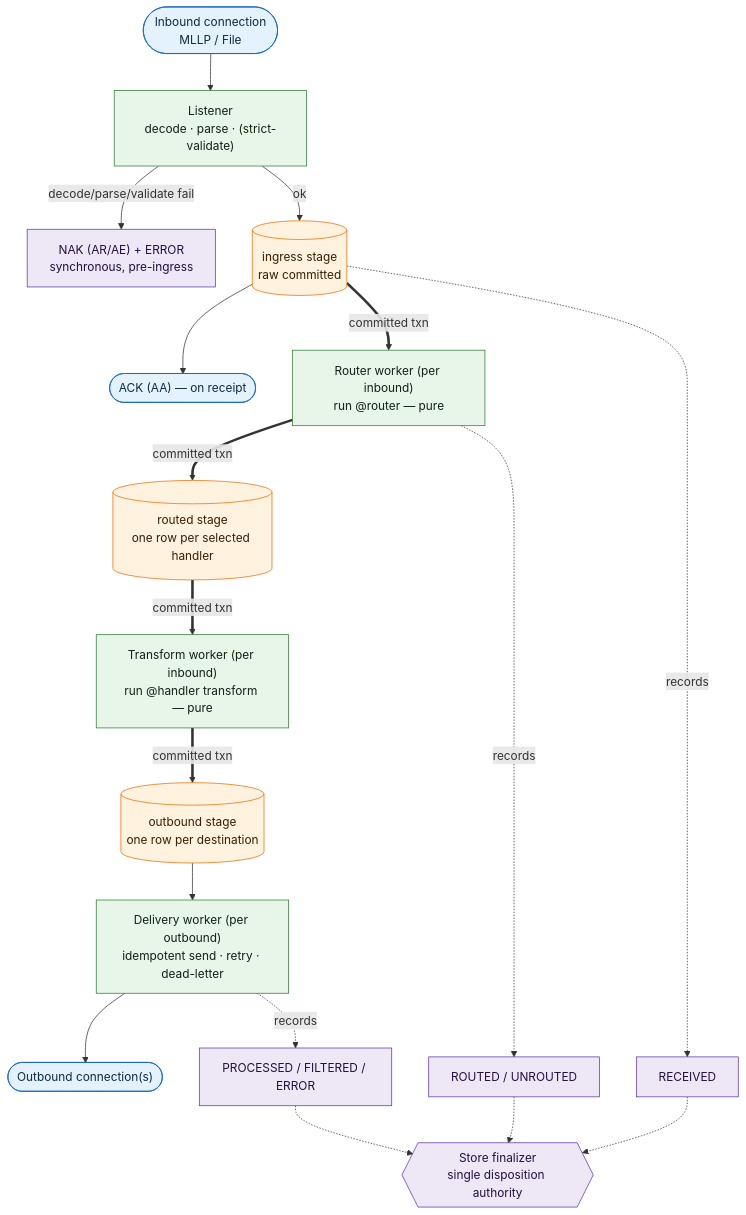
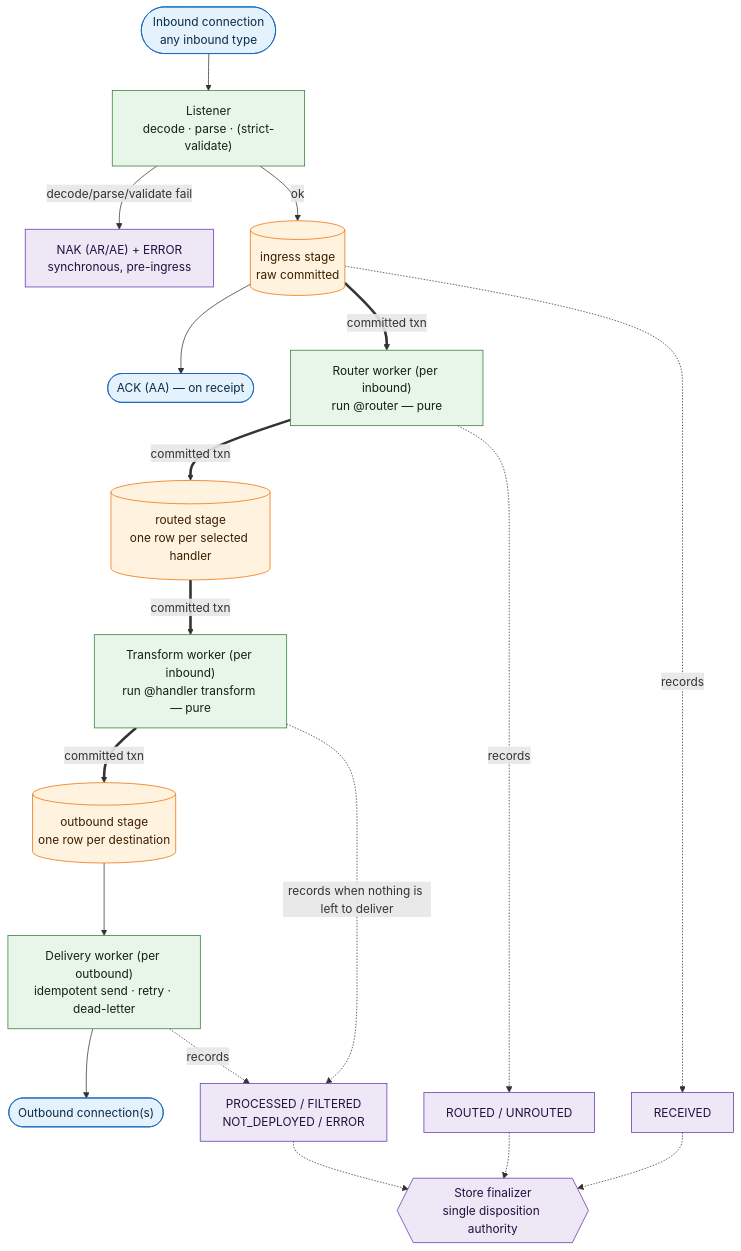
One commit to MEFORORG/MessageFoundry changed the third of 7 diagrams in docs/architecture-diagram.md. Above: the diagram before and after it, drawn with Mermaid. The commit also changed other lines of this file and 12 other files, not shown here.

First line of the commit message:
docs: architecture diagrams get one home each, checked labels, a drift test, and two lifecycle diagrams (architecture diagrams, batch A; rows pending) (#1917)

````diff
--- a/docs/architecture-diagram.md
+++ b/docs/architecture-diagram.md
@@ -182,43 +242,44 @@
 ```mermaid
 flowchart TB
   classDef stage fill:#fff3e0,stroke:#ef6c00,color:#3a1d00;
   classDef worker fill:#e8f5e9,stroke:#2e7d32,color:#10240f;
   classDef disp fill:#ede7f6,stroke:#5e35b1,color:#22103f;
   classDef io fill:#e3f2fd,stroke:#1565c0,color:#0d2b45;
 
-  SRC(["Inbound connection<br/>MLLP / File"]):::io
+  SRC(["Inbound connection<br/>any inbound type"]):::io
   LISTEN["Listener<br/>decode · parse · (strict-validate)"]:::worker
   NAK["NAK (AR/AE) + ERROR<br/>synchronous, pre-ingress"]:::disp
 
   ING[("ingress stage<br/>raw committed")]:::stage
   ACK(["ACK (AA) — on receipt"]):::io
   RW["Router worker (per inbound)<br/>run @router — pure"]:::worker
   ROUTED[("routed stage<br/>one row per selected handler")]:::stage
   TW["Transform worker (per inbound)<br/>run @handler transform — pure"]:::worker
   OUT[("outbound stage<br/>one row per destination")]:::stage
   DW["Delivery worker (per outbound)<br/>idempotent send · retry · dead-letter"]:::worker
   DEST(["Outbound connection(s)"]):::io
 
   FIN{{"Store finalizer<br/>single disposition authority"}}:::disp
   D1["RECEIVED"]:::disp
   D2["ROUTED / UNROUTED"]:::disp
-  D3["PROCESSED / FILTERED / ERROR"]:::disp
+  D3["PROCESSED / FILTERED<br/>NOT_DEPLOYED / ERROR"]:::disp
 
   SRC --> LISTEN
   LISTEN -->|"decode/parse/validate fail"| NAK
   LISTEN -->|"ok"| ING
   ING --> ACK
   ING ==>|"committed txn"| RW
   RW ==>|"committed txn"| ROUTED
   ROUTED ==>|"committed txn"| TW
   TW ==>|"committed txn"| OUT
   OUT --> DW
   DW --> DEST
 
   ING -.->|"records"| D1
   RW -.->|"records"| D2
+  TW -.->|"records when nothing is left to deliver"| D3
   DW -.->|"records"| D3
   D1 -.-> FIN
   D2 -.-> FIN
   D3 -.-> FIN
 ```
````
